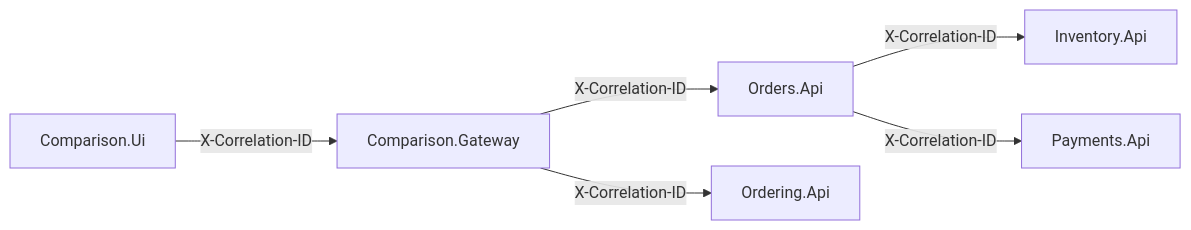
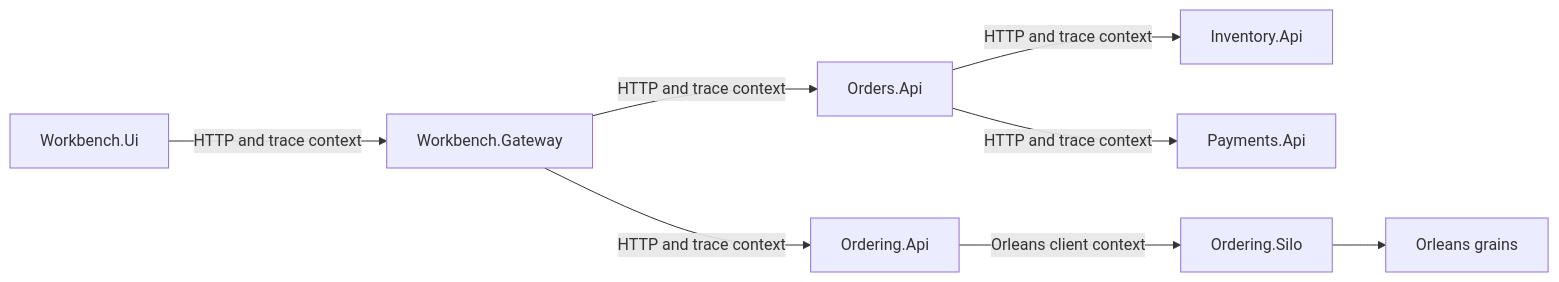
One commit to petesramek/microservices-vs-virtual-actors changed the diagram in docs/13-correlation-id-logging.md. Above: the diagram before and after it, drawn with Mermaid. The commit also changed other lines of this file and 39 other files, not shown here.

````diff
--- a/docs/13-correlation-id-logging.md
+++ b/docs/13-correlation-id-logging.md
@@ -55,15 +36,22 @@
 ```mermaid
 flowchart LR
-    UI[Comparison.Ui]
-    Gateway[Comparison.Gateway]
+    UI[Workbench.Ui]
+    Gateway[Workbench.Gateway]
+
     Orders[Orders.Api]
     Inventory[Inventory.Api]
     Payments[Payments.Api]
-    Ordering[Ordering.Api]
 
-    UI -->|X-Correlation-ID| Gateway
-    Gateway -->|X-Correlation-ID| Orders
-    Orders -->|X-Correlation-ID| Inventory
-    Orders -->|X-Correlation-ID| Payments
-    Gateway -->|X-Correlation-ID| Ordering
+    OrderingApi[Ordering.Api]
+    OrderingSilo[Ordering.Silo]
+    Grains[Orleans grains]
+
+    UI -->|HTTP and trace context| Gateway
+    Gateway -->|HTTP and trace context| Orders
+    Orders -->|HTTP and trace context| Inventory
+    Orders -->|HTTP and trace context| Payments
+
+    Gateway -->|HTTP and trace context| OrderingApi
+    OrderingApi -->|Orleans client context| OrderingSilo
+    OrderingSilo --> Grains
 ```
````
